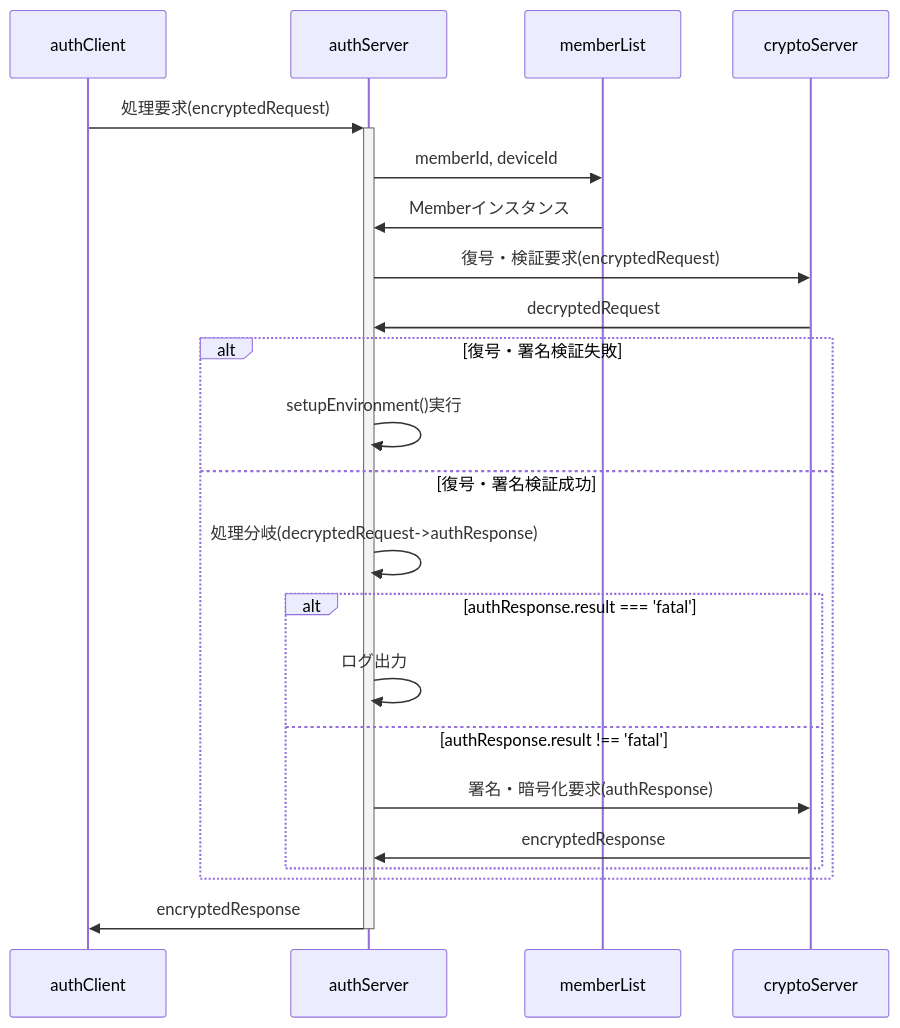
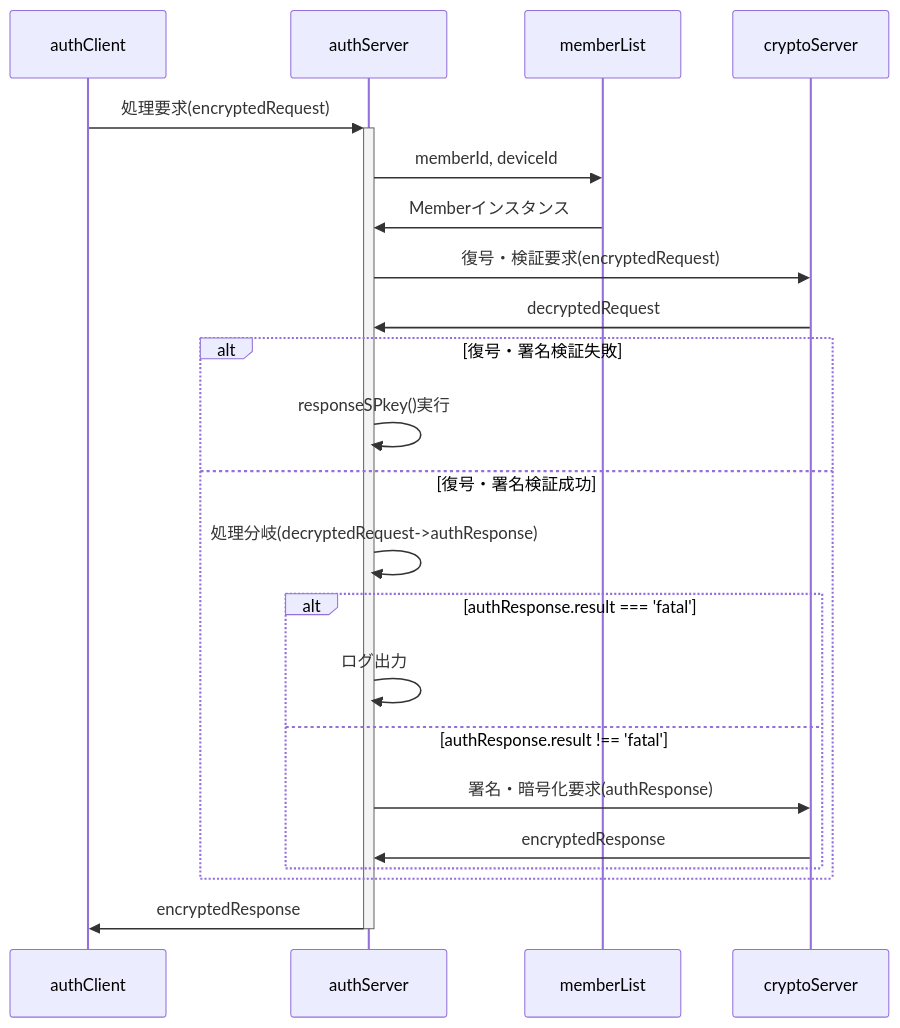
Before and after one commit to nakaone/library: the first of 2 diagrams in underDev/Auth/doc/authServer.md, drawn with Mermaid. The commit also changed other lines of this file and 12 other files, not shown here.

````diff
--- a/underDev/Auth/doc/authServer.md
+++ b/underDev/Auth/doc/authServer.md
@@ -49,39 +49,39 @@
 ```mermaid
 sequenceDiagram
 
   %%actor user
   %%participant localFunc
   %%participant clientMail
   %%participant cryptoClient
   %%participant IndexedDB
   participant authClient
   participant authServer
   participant memberList
   participant cryptoServer
   %%participant serverFunc
   %%actor admin
 
   authClient->>+authServer: 処理要求(encryptedRequest)
 
   authServer->>memberList: memberId, deviceId
   memberList->>authServer: Memberインスタンス
 
   authServer->>cryptoServer: 復号・検証要求(encryptedRequest)
   cryptoServer->>authServer: decryptedRequest
 
   alt 復号・署名検証失敗
-    authServer->>authServer: setupEnvironment()実行
+    authServer->>authServer: responseSPkey()実行
   else 復号・署名検証成功
     authServer->>authServer: 処理分岐(decryptedRequest->authResponse)
 
     alt authResponse.result === 'fatal'
       authServer->>authServer: ログ出力
     else authResponse.result !== 'fatal'
       authServer->>cryptoServer: 署名・暗号化要求(authResponse)
       cryptoServer->>authServer: encryptedResponse
     end
   end
 
 
   authServer->>-authClient: encryptedResponse
 ```
````
